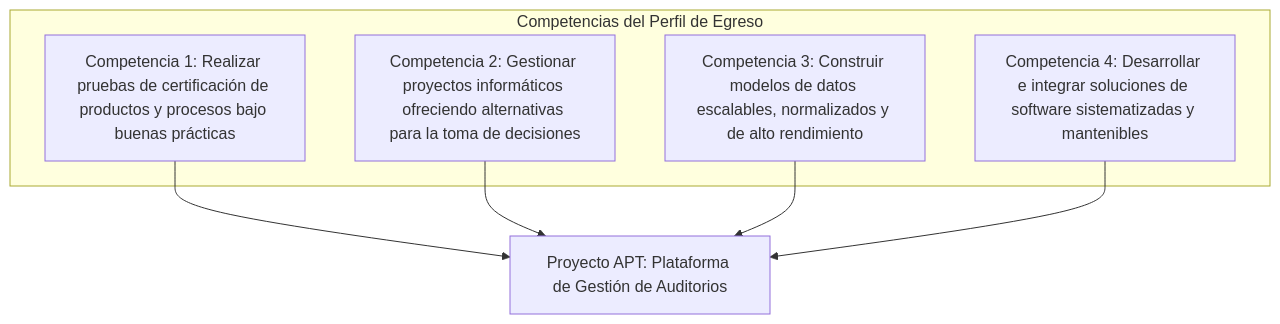
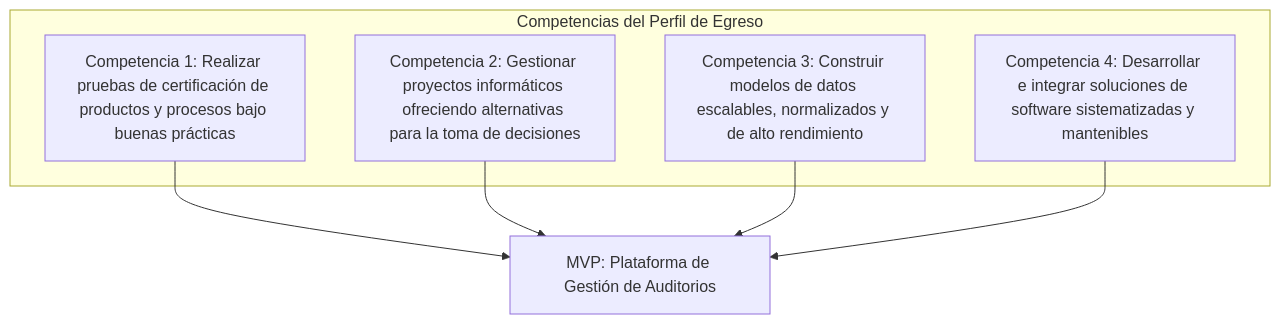
One commit to IMANDOI/sistema-gestion-auditorios-capstone changed the second of 10 diagrams in informe_fase_1_definicion_proyecto.md. Above: the diagram before and after it, drawn with Mermaid. The commit also changed other lines of this file, not shown here.

Commit message:
docs(fase1): formalizar alcance de Producto Minimo Viable (MVP) y Roadmap (informe_fase_1_definicion_proyecto.md)

````diff
--- a/informe_fase_1_definicion_proyecto.md
+++ b/informe_fase_1_definicion_proyecto.md
@@ -97,13 +99,13 @@
 ```mermaid
 flowchart TD
     subgraph Competencias del Perfil de Egreso
         C1["Competencia 1: Realizar pruebas de certificación de productos y procesos bajo buenas prácticas"]
         C2["Competencia 2: Gestionar proyectos informáticos ofreciendo alternativas para la toma de decisiones"]
         C3["Competencia 3: Construir modelos de datos escalables, normalizados y de alto rendimiento"]
         C4["Competencia 4: Desarrollar e integrar soluciones de software sistematizadas y mantenibles"]
     end
-    C1 --> P["Proyecto APT: Plataforma de Gestión de Auditorios"]
+    C1 --> P["MVP: Plataforma de Gestión de Auditorios"]
     C2 --> P
     C3 --> P
     C4 --> P
 ```
````
